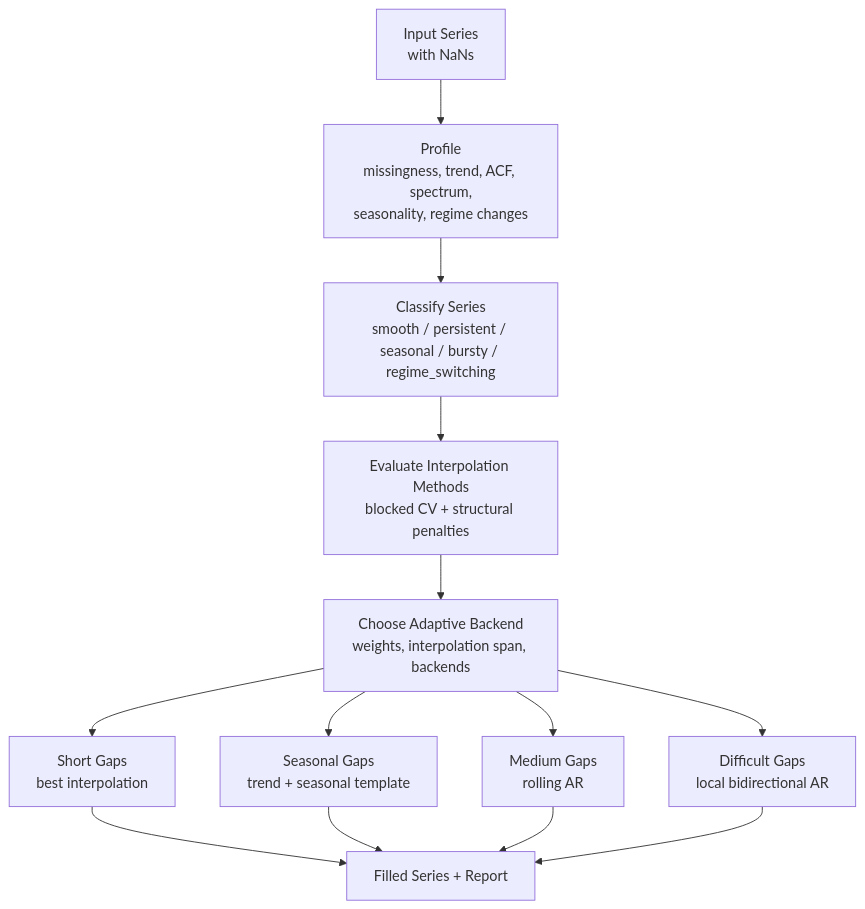
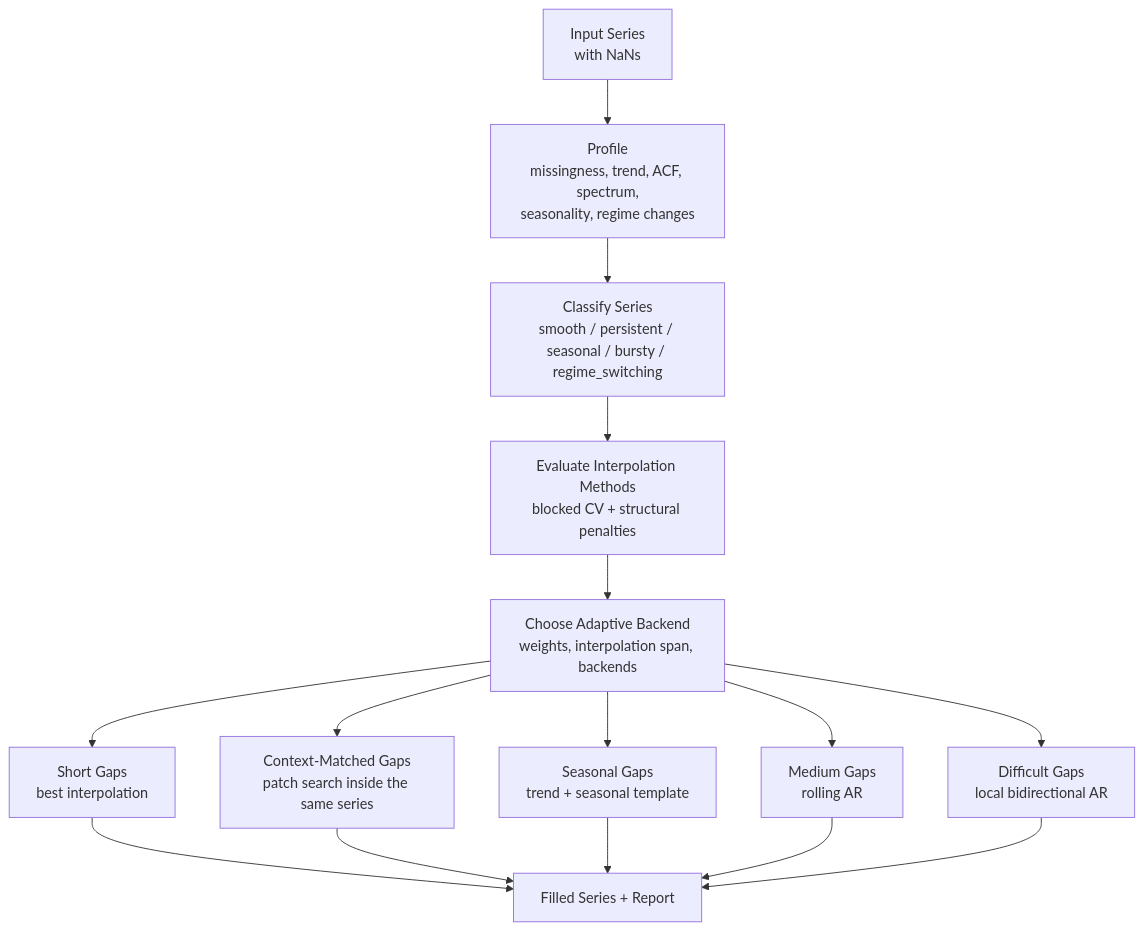
The diagram in README.md (HishanFarfan/gapfill-toolbox), drawn with Mermaid before and after one commit. The commit also changed other lines of this file and 16 other files, not shown here.

````diff
--- a/README.md
+++ b/README.md
@@ -36,15 +38,17 @@
 ```mermaid
 flowchart TD
     A["Input Series<br/>with NaNs"] --> B["Profile<br/>missingness, trend, ACF, spectrum,<br/>seasonality, regime changes"]
     B --> C["Classify Series<br/>smooth / persistent / seasonal / bursty / regime_switching"]
     C --> D["Evaluate Interpolation Methods<br/>blocked CV + structural penalties"]
     D --> E["Choose Adaptive Backend<br/>weights, interpolation span, backends"]
     E --> F["Short Gaps<br/>best interpolation"]
-    E --> G["Seasonal Gaps<br/>trend + seasonal template"]
-    E --> H["Medium Gaps<br/>rolling AR"]
-    E --> I["Difficult Gaps<br/>local bidirectional AR"]
+    E --> G["Context-Matched Gaps<br/>patch search inside the same series"]
+    E --> H["Seasonal Gaps<br/>trend + seasonal template"]
+    E --> I["Medium Gaps<br/>rolling AR"]
+    E --> K["Difficult Gaps<br/>local bidirectional AR"]
     F --> J["Filled Series + Report"]
     G --> J
     H --> J
     I --> J
+    K --> J
 ```
````
